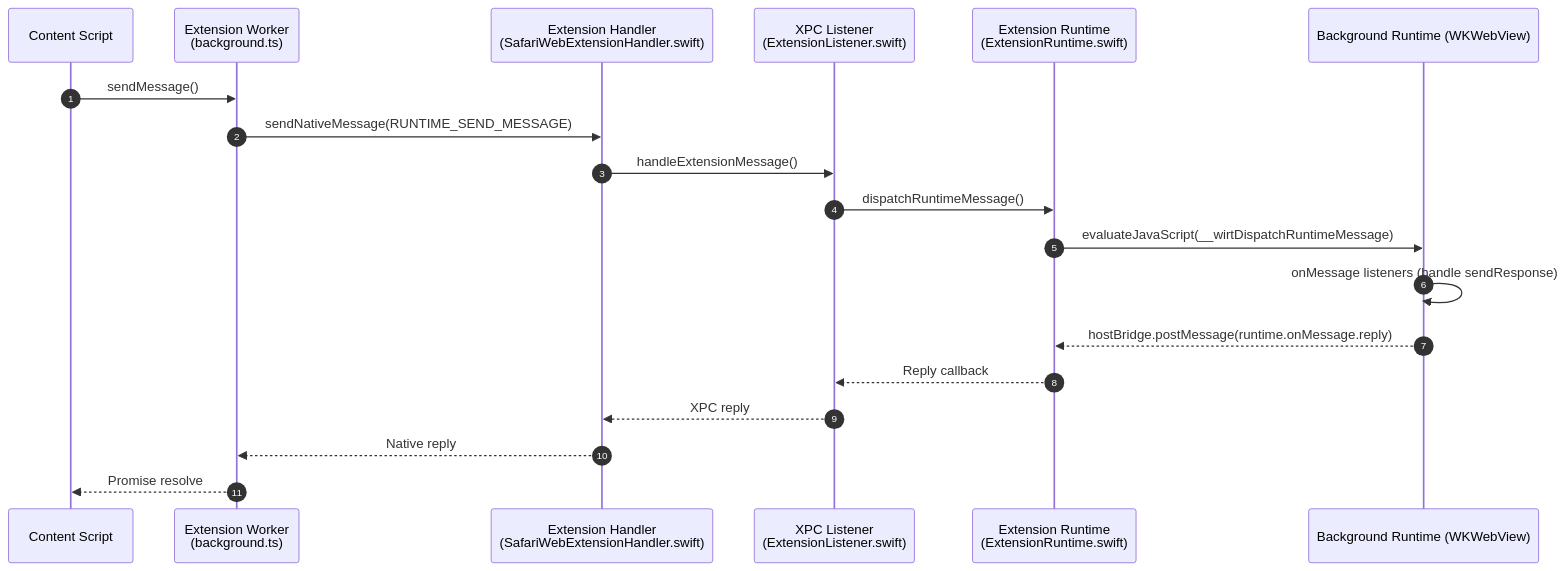
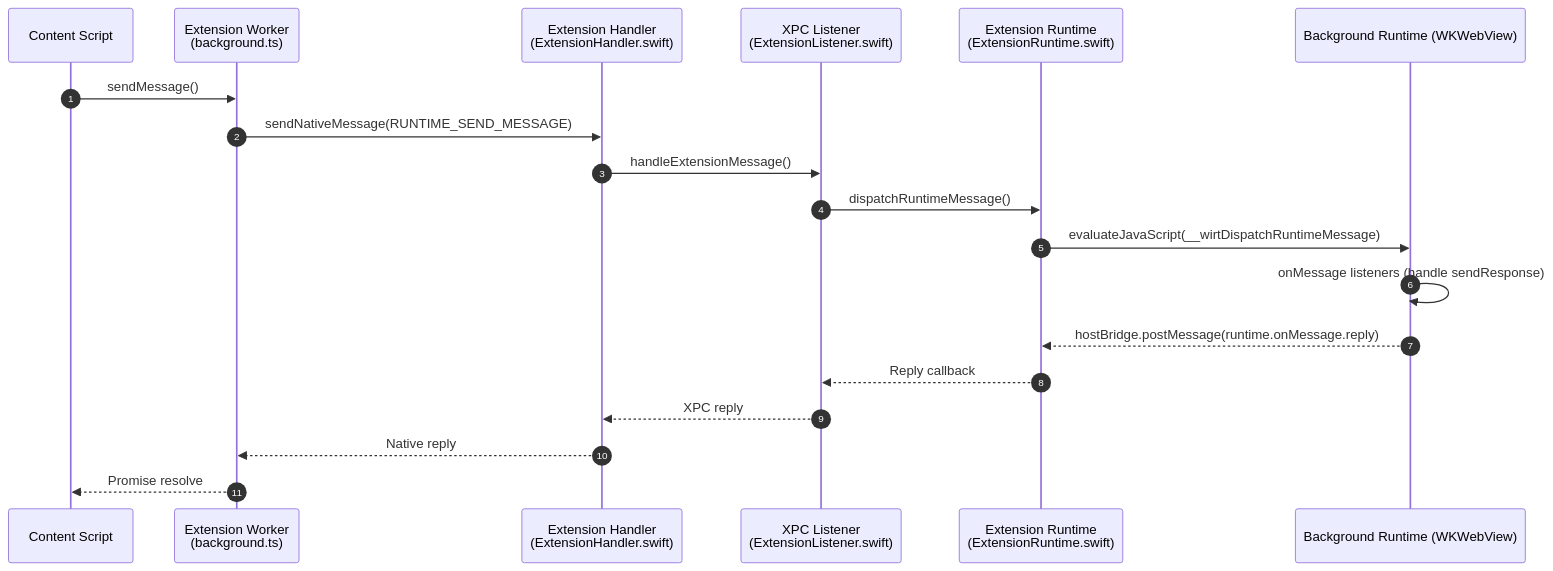
One commit to easonwong-de/Wirt changed the fifth of 7 diagrams in docs/architecture.md. Above: the diagram before and after it, drawn with Mermaid. The commit also changed other lines of this file and 6 other files, not shown here.

Commit message:
refactor: update storage path to Wirt and rename ExtensionHandler

````diff
--- a/docs/architecture.md
+++ b/docs/architecture.md
@@ -175,22 +175,22 @@
 ```mermaid
 sequenceDiagram
     autonumber
     participant Content as Content Script
     participant Worker as Extension Worker<br/>(background.ts)
-    participant Handler as Extension Handler<br/>(SafariWebExtensionHandler.swift)
+    participant Handler as Extension Handler<br/>(ExtensionHandler.swift)
     participant Listener as XPC Listener<br/>(ExtensionListener.swift)
     participant Runtime as Extension Runtime<br/>(ExtensionRuntime.swift)
     participant WebView as Background Runtime (WKWebView)
 
     Content->>Worker: sendMessage()
     Worker->>Handler: sendNativeMessage(RUNTIME_SEND_MESSAGE)
     Handler->>Listener: handleExtensionMessage()
     Listener->>Runtime: dispatchRuntimeMessage()
     Runtime->>WebView: evaluateJavaScript(__wirtDispatchRuntimeMessage)
     WebView->>WebView: onMessage listeners (handle sendResponse)
     WebView-->>Runtime: hostBridge.postMessage(runtime.onMessage.reply)
     Runtime-->>Listener: Reply callback
     Listener-->>Handler: XPC reply
     Handler-->>Worker: Native reply
     Worker-->>Content: Promise resolve
 ```
````
